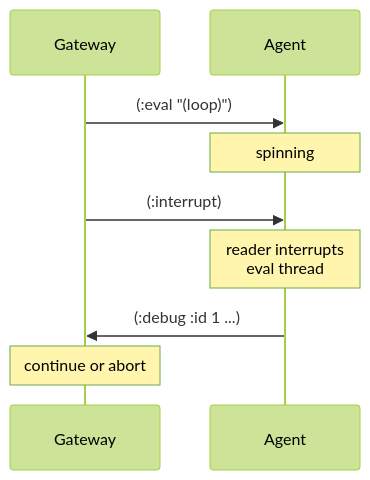
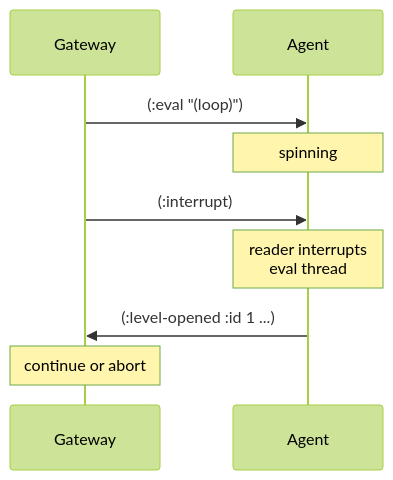
Before and after one commit to real-limoges/to-restart-is-divine: the seventh of 9 diagrams in docs/reference/internal/architecture.md, drawn with Mermaid (forest theme). The commit also changed other lines of this file and 19 other files, not shown here.

````diff
--- a/docs/reference/internal/architecture.md
+++ b/docs/reference/internal/architecture.md
@@ -255,11 +255,11 @@
 ```mermaid
 sequenceDiagram
   participant G as Gateway
   participant A as Agent
   G->>A: (:eval "(loop)")
   Note over A: spinning
   G->>A: (:interrupt)
   Note over A: reader interrupts<br/>eval thread
-  A->>G: (:debug :id 1 ...)
+  A->>G: (:level-opened :id 1 ...)
   Note over G: continue or abort
 ```
````
